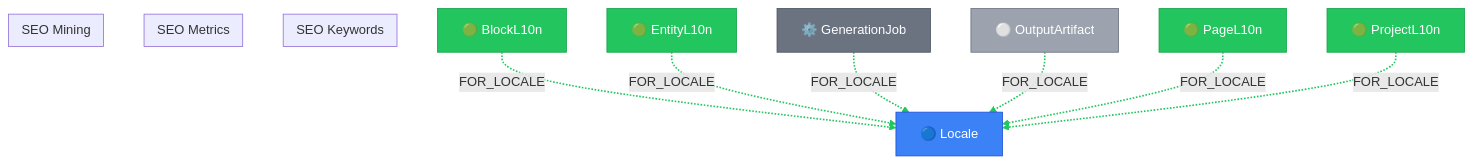
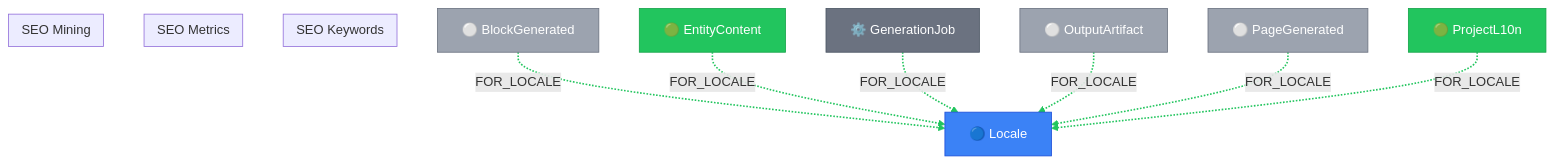
One commit to supernovae-st/novanet changed the diagram in packages/core/models/docs/seo-keywords.md. Above: the diagram before and after it, drawn with Mermaid. The commit also changed other lines of this file and 20 other files, not shown here.

````diff
--- a/packages/core/models/docs/seo-keywords.md
+++ b/packages/core/models/docs/seo-keywords.md
@@ -33,50 +33,50 @@
 ```mermaid
 flowchart TB
   %% View: SEO Keywords (seo-keywords)
   %% 7 nodes, 6 arcs
 
   %% Trait styling (node_trait)
   classDef invariant fill:#3b82f6,stroke:#1d4ed8,color:#fff
   classDef localized fill:#22c55e,stroke:#16a34a,color:#fff
   classDef knowledge fill:#8b5cf6,stroke:#7c3aed,color:#fff
   classDef derived fill:#9ca3af,stroke:#6b7280,color:#fff
   classDef job fill:#6b7280,stroke:#4b5563,color:#fff
 
   subgraph SEO_KEYWORDS["SEO Keywords"]
   end
 
   subgraph SEO_METRICS["SEO Metrics"]
   end
 
   subgraph SEO_MINING["SEO Mining"]
   end
 
   %% Additional reachable nodes
-  BlockL10n["🟢 BlockL10n"]
-  EntityL10n["🟢 EntityL10n"]
+  BlockGenerated["⚪ BlockGenerated"]
+  EntityContent["🟢 EntityContent"]
   GenerationJob["⚙️ GenerationJob"]
   Locale["🔵 Locale"]
   OutputArtifact["⚪ OutputArtifact"]
-  PageL10n["🟢 PageL10n"]
+  PageGenerated["⚪ PageGenerated"]
   ProjectL10n["🟢 ProjectL10n"]
 
   %% Relationships (styled by arc family)
-  BlockL10n -.->|FOR_LOCALE| Locale
-  EntityL10n -.->|FOR_LOCALE| Locale
+  BlockGenerated -.->|FOR_LOCALE| Locale
+  EntityContent -.->|FOR_LOCALE| Locale
   GenerationJob -.->|FOR_LOCALE| Locale
   OutputArtifact -.->|FOR_LOCALE| Locale
-  PageL10n -.->|FOR_LOCALE| Locale
+  PageGenerated -.->|FOR_LOCALE| Locale
   ProjectL10n -.->|FOR_LOCALE| Locale
 
   %% Arc colors by family
   linkStyle 0,1,2,3,4,5 stroke:#22c55e,stroke-width:2px
 
   %% Class assignments
-  class BlockL10n localized
-  class EntityL10n localized
+  class BlockGenerated derived
+  class EntityContent localized
   class GenerationJob job
   class Locale invariant
   class OutputArtifact derived
-  class PageL10n localized
+  class PageGenerated derived
   class ProjectL10n localized
 ```
````
